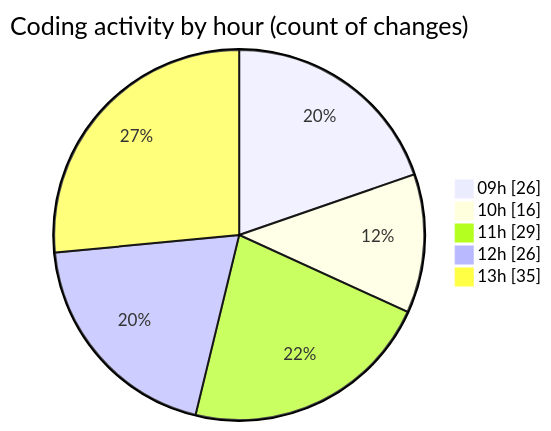
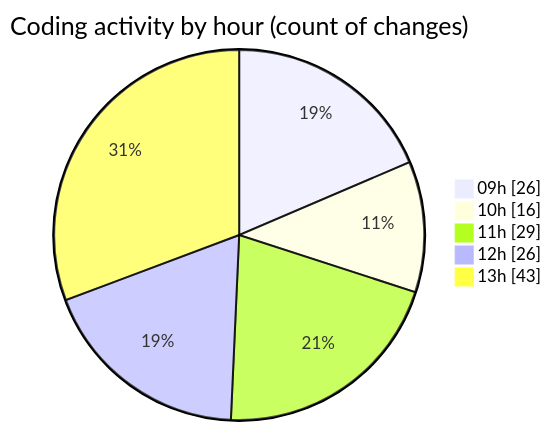
Before and after one commit to momahboobian/code-tracking: the second of 2 diagrams in 2025-11-17/cda/README.md, drawn with Mermaid. The commit also changed other lines of this file and 1 other file, not shown here.

````diff
--- a/2025-11-17/cda/README.md
+++ b/2025-11-17/cda/README.md
@@ -38,9 +38,9 @@
 ```mermaid
 pie showData
 title Coding activity by hour (count of changes)
 "09h" : 26
 "10h" : 16
 "11h" : 29
 "12h" : 26
-"13h" : 35
+"13h" : 43
 ```
````
